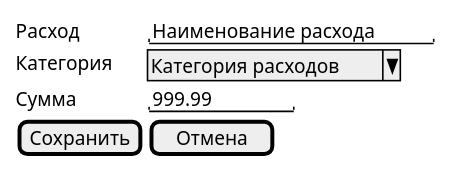
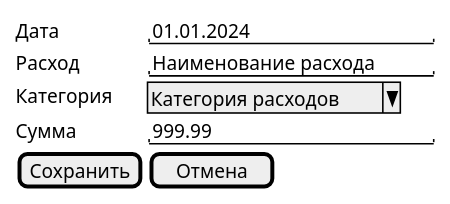
Before and after one commit to kirillow66/COSTS: the diagram in readme.puml/cost.puml, drawn with PlantUML. The commit also changed 7 other files, not shown here.

```diff
--- a/readme.puml/cost.puml
+++ b/readme.puml/cost.puml
@@ -1,8 +1,9 @@
 @startsalt cost
 {
+  Дата      | "01.01.2024            "
   Расход    | "Наименование расхода  "
   Категория | ^Категория расходов^
-  Сумма     | "999.99     "
+  Сумма     | "999.99                "
   [Сохранить] | [ Отмена  ]
 }
 @endsalt
```
